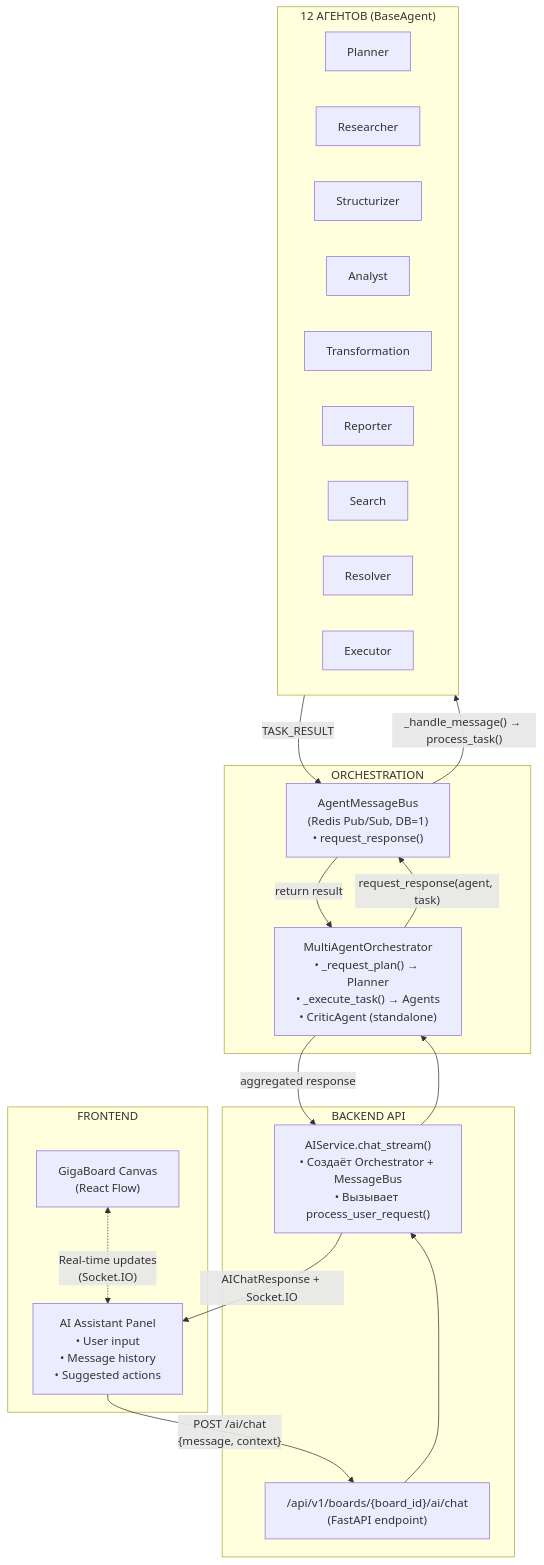
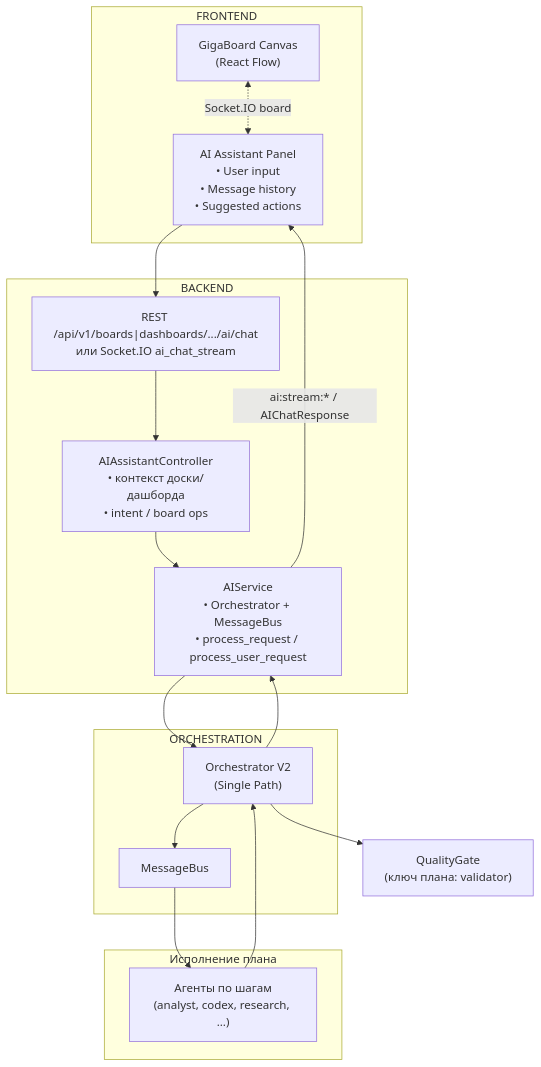
One commit to sgalex/gigaboard changed the diagram in docs/AI_ASSISTANT.md. Above: the diagram before and after it, drawn with Mermaid. The commit also changed other lines of this file and 126 other files, not shown here.

````diff
--- a/docs/AI_ASSISTANT.md
+++ b/docs/AI_ASSISTANT.md
@@ -20,40 +37,35 @@
 ```mermaid
 flowchart TB
   subgraph Frontend["FRONTEND"]
     Canvas["GigaBoard Canvas\n(React Flow)"]
     Panel["AI Assistant Panel\n• User input\n• Message history\n• Suggested actions"]
   end
   
-  subgraph Backend["BACKEND API"]
-    Route["/api/v1/boards/{board_id}/ai/chat\n(FastAPI endpoint)"]
-    AIServ["AIService.chat_stream()\n• Создаёт Orchestrator + MessageBus\n• Вызывает process_user_request()"]
+  subgraph Backend["BACKEND"]
+    Route["REST /api/v1/boards|dashboards/.../ai/chat\nили Socket.IO ai_chat_stream"]
+    Ctrl["AIAssistantController\n• контекст доски/дашборда\n• intent / board ops"]
+    AIServ["AIService\n• Orchestrator + MessageBus\n• process_request / process_user_request"]
   end
   
   subgraph Orchestration["ORCHESTRATION"]
-    ORCH["MultiAgentOrchestrator\n• _request_plan() → Planner\n• _execute_task() → Agents\n• CriticAgent (standalone)"]
-    MB["AgentMessageBus\n(Redis Pub/Sub, DB=1)\n• request_response()"]
+    ORCH["Orchestrator V2\n(Single Path)"]
+    MB["AgentMessageBus\n(in-process + Redis)"]
   end
   
-  subgraph Agents["12 АГЕНТОВ (BaseAgent)"]
-    Planner["Planner"]
-    Researcher["Researcher"]
-    Structurizer["Structurizer"]
-    Analyst["Analyst"]
-    Transform["Transformation"]
-    Reporter["Reporter"]
-    Search["Search"]
-    Resolver["Resolver"]
-    Executor["Executor"]
+  subgraph Loop["Исполнение плана"]
+    MB["MessageBus"]
+    Steps["Агенты по шагам\n(analyst, codex, research, …)"]
   end
   
-  Panel -->|"POST /ai/chat\n{message, context}"| Route
-  Route --> AIServ
+  Panel --> Route
+  Route --> Ctrl
+  Ctrl --> AIServ
   AIServ --> ORCH
-  ORCH -->|"request_response(agent, task)"| MB
-  MB -->|"_handle_message() → process_task()"| Agents
-  Agents -->|"TASK_RESULT"| MB
-  MB -->|"return result"| ORCH
-  ORCH -->|"aggregated response"| AIServ
-  AIServ -->|"AIChatResponse + Socket.IO"| Panel
-  Canvas <-."Real-time updates\n(Socket.IO)".-> Panel
+  ORCH --> MB
+  MB --> Steps
+  Steps --> ORCH
+  ORCH --> QG["QualityGate\n(ключ плана: validator)"]
+  ORCH --> AIServ
+  AIServ -->|"ai:stream:* / AIChatResponse"| Panel
+  Canvas <-."Socket.IO board".-> Panel
 ```
````
